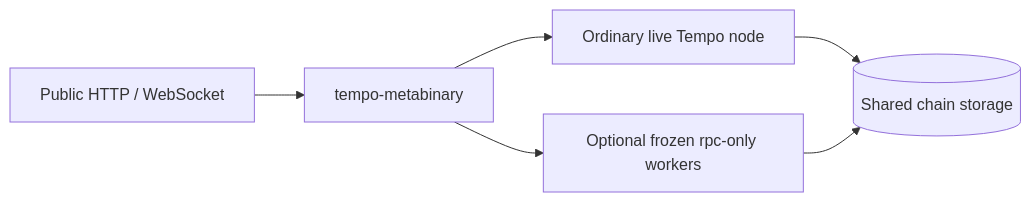
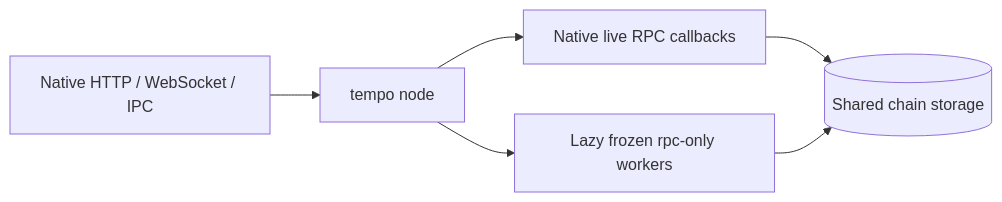
Before and after one commit to tempoxyz/tempo: the diagram in bin/tempo-metabinary/README.md, drawn with Mermaid. The commit also changed other lines of this file and 16 other files, not shown here.

Commit message:
feat(metabinary): integrate era routing with tempo node

````diff
--- a/bin/tempo-metabinary/README.md
+++ b/bin/tempo-metabinary/README.md
@@ -7,8 +8,8 @@
 ```mermaid
 flowchart LR
-    RPC[Public HTTP / WebSocket] --> Wrapper[tempo-metabinary]
-    Wrapper --> Live[Ordinary live Tempo node]
-    Wrapper --> Frozen[Optional frozen rpc-only workers]
-    Live --> DB[(Shared chain storage)]
+    RPC[Native HTTP / WebSocket / IPC] --> Node[tempo node]
+    Node --> Native[Native live RPC callbacks]
+    Node --> Frozen[Lazy frozen rpc-only workers]
+    Native --> DB[(Shared chain storage)]
     Frozen --> DB
 ```
````
